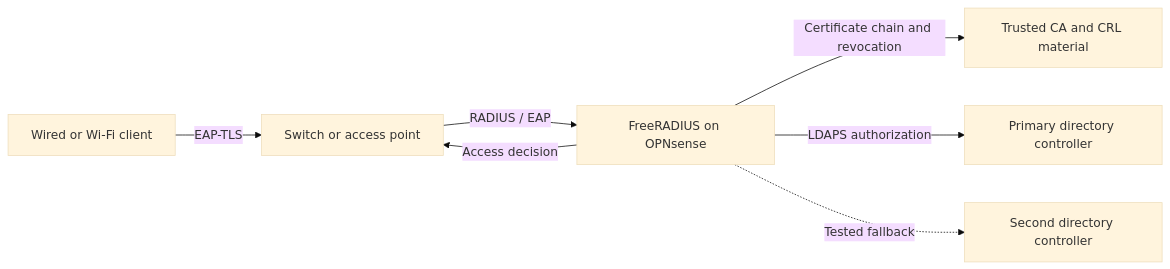
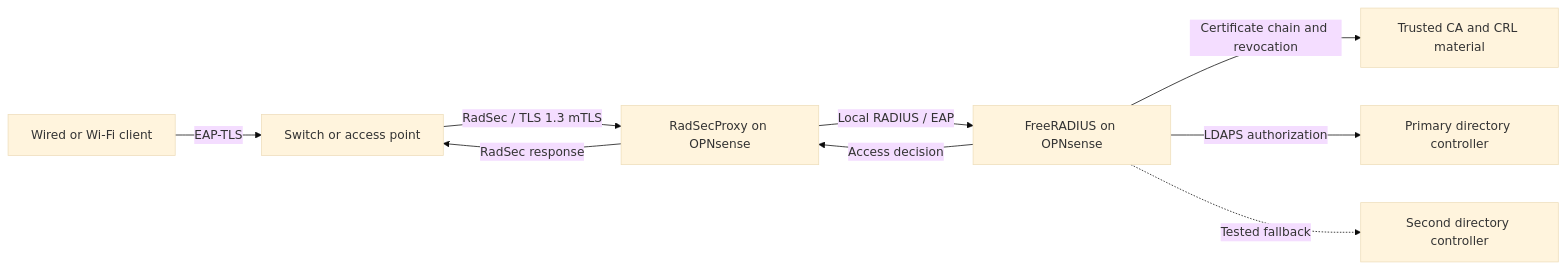
The diagram in diagrams/eap-tls-flow.md (bixstriker/bixcore-homelab-portfolio), drawn with Mermaid (base theme) before and after one commit. The commit also changed other lines of this file and 11 other files, not shown here.

Commit message:
Reconcile hypervisor versions, OpenFW, NAS retest and RadSec diagrams

````diff
--- a/diagrams/eap-tls-flow.md
+++ b/diagrams/eap-tls-flow.md
@@ -3,9 +3,11 @@
 ```mermaid
 flowchart LR
     Device[Wired or Wi-Fi client] -->|EAP-TLS| Access[Switch or access point]
-    Access -->|RADIUS / EAP| AAA[FreeRADIUS on OPNsense]
+    Access -->|RadSec / TLS 1.3 mTLS| Proxy[RadSecProxy on OPNsense]
+    Proxy -->|Local RADIUS / EAP| AAA[FreeRADIUS on OPNsense]
     AAA -->|Certificate chain and revocation| CA[Trusted CA and CRL material]
     AAA -->|LDAPS authorization| DC1[Primary directory controller]
     AAA -.->|Tested fallback| DC2[Second directory controller]
-    AAA -->|Access decision| Access
+    AAA -->|Access decision| Proxy
+    Proxy -->|RadSec response| Access
 ```
````
